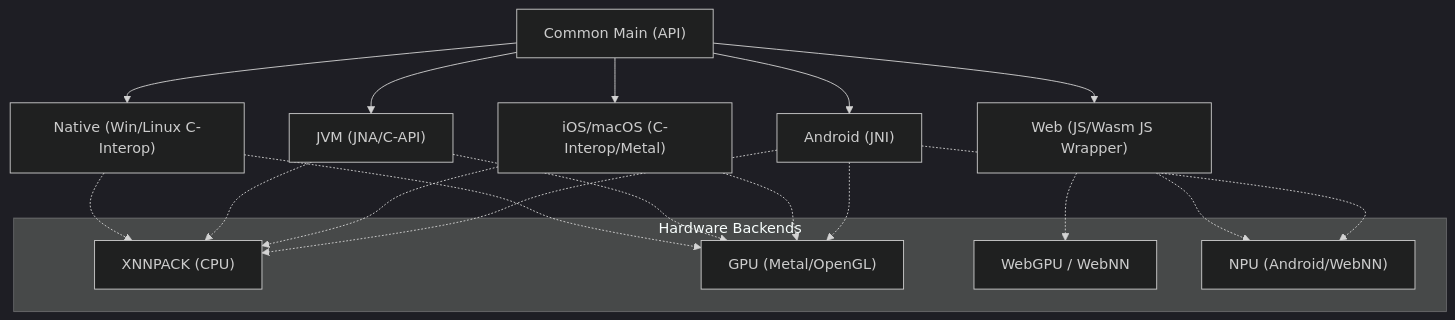
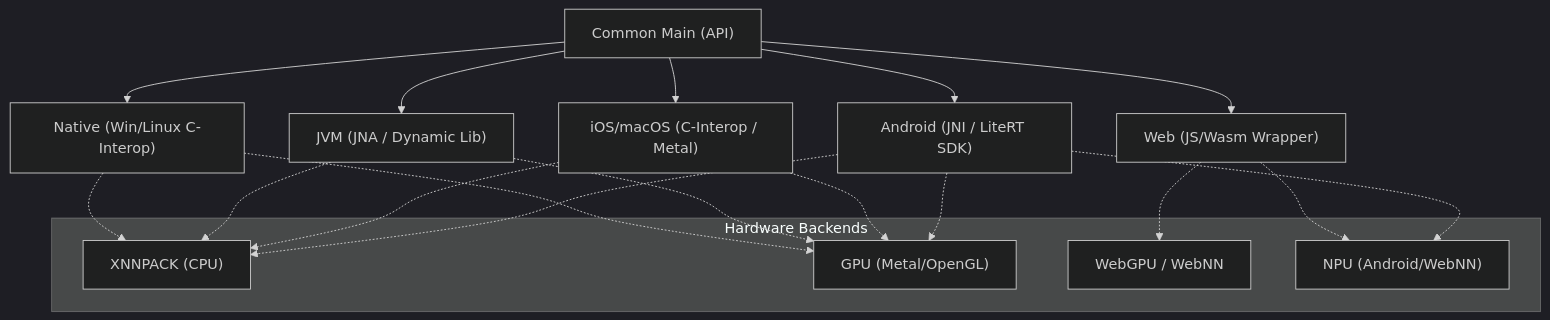
One commit to leitingzi/kmplitert changed the diagram in README.md. Above: the diagram before and after it, drawn with Mermaid (dark theme). The commit also changed other lines of this file, not shown here.

````diff
--- a/README.md
+++ b/README.md
@@ -26,28 +26,28 @@
 ```mermaid
 graph TD
     Common["Common Main (API)"]
-    Android["Android (JNI)"]
-    iOS["iOS/macOS (C-Interop/Metal)"]
-    JVM["JVM (JNA/C-API)"]
+    Android["Android (JNI / LiteRT SDK)"]
+    iOS["iOS/macOS (C-Interop / Metal)"]
+    JVM["JVM (JNA / Dynamic Lib)"]
     Native["Native (Win/Linux C-Interop)"]
-    Web["Web (JS/Wasm JS Wrapper)"]
+    Web["Web (JS/Wasm Wrapper)"]
     
     Common --> Android
     Common --> iOS
     Common --> JVM
     Common --> Native
     Common --> Web
     
     subgraph "Hardware Backends"
         XNNPACK["XNNPACK (CPU)"]
         GPU["GPU (Metal/OpenGL)"]
         WebGPU["WebGPU / WebNN"]
         NPU["NPU (Android/WebNN)"]
     end
     
     Android -.-> XNNPACK & GPU & NPU
     iOS -.-> XNNPACK & GPU
     JVM -.-> XNNPACK & GPU
     Native -.-> XNNPACK & GPU
     Web -.-> WebGPU & NPU
 ```
````
